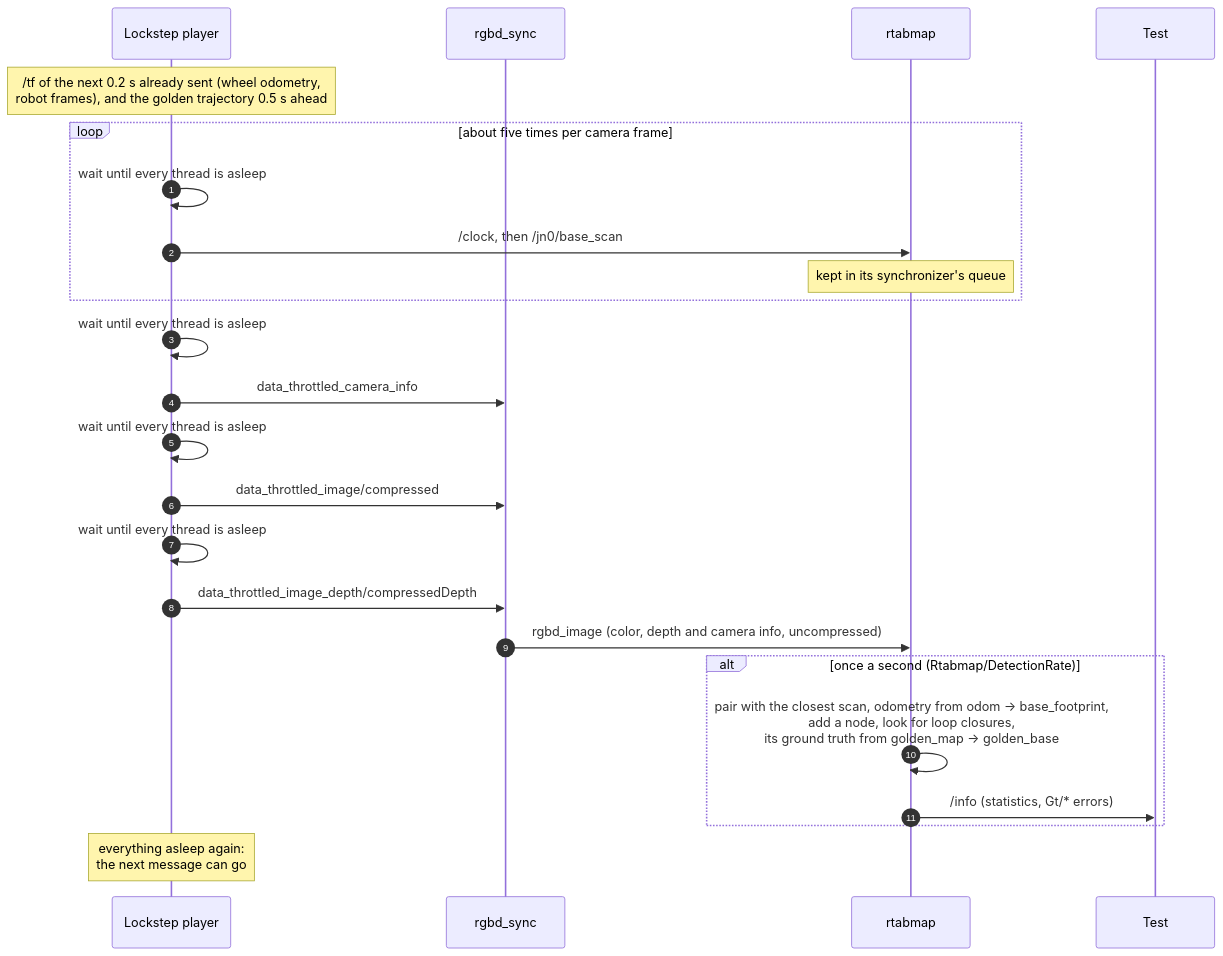
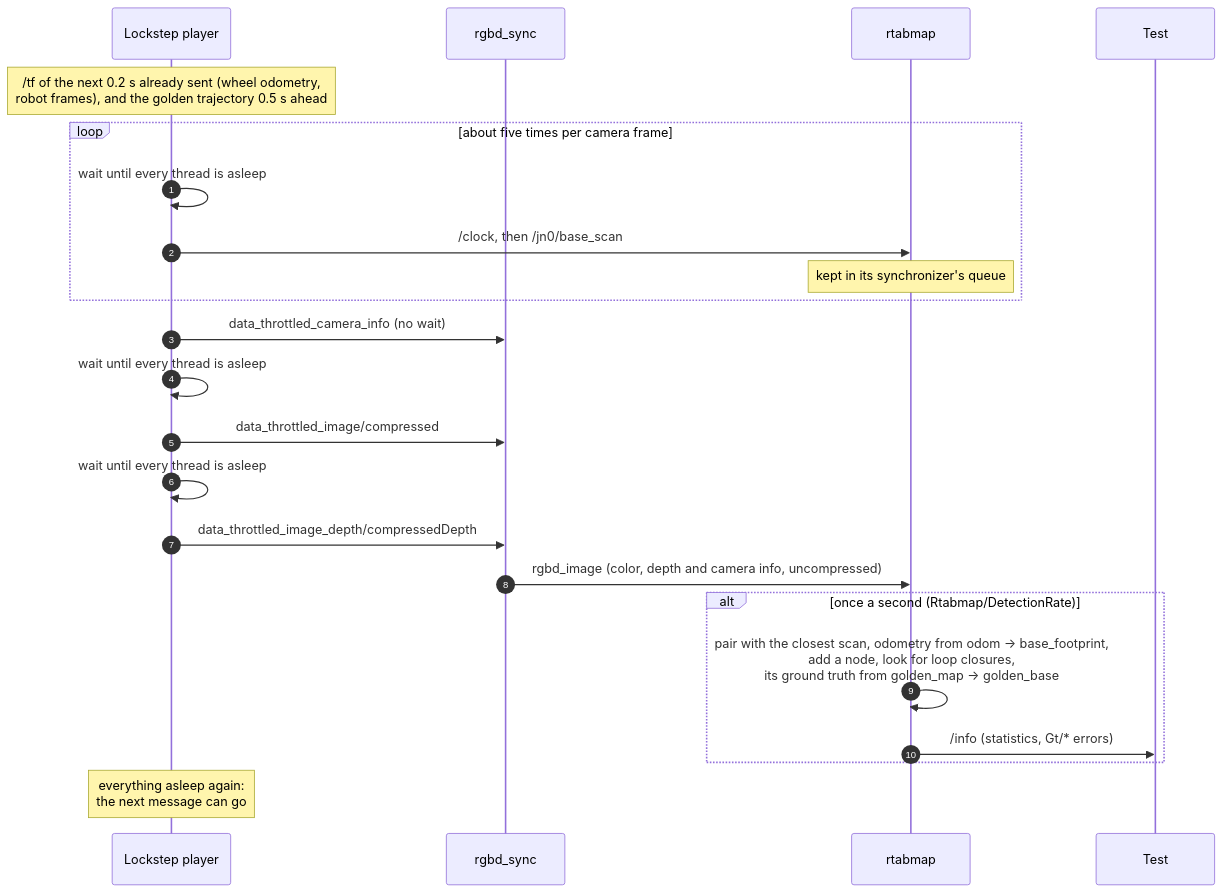
The first of 3 diagrams in rtabmap_demos/test/README.md (introlab/rtabmap_ros), drawn with Mermaid before and after one commit. The commit also changed other lines of this file and 7 other files, not shown here.

````diff
--- a/rtabmap_demos/test/README.md
+++ b/rtabmap_demos/test/README.md
@@ -61,29 +66,28 @@
 ```mermaid
 sequenceDiagram
     autonumber
     participant P as Lockstep player
     participant S as rgbd_sync
     participant M as rtabmap
     participant T as Test
 
     Note over P: /tf of the next 0.2 s already sent (wheel odometry,<br/>robot frames), and the golden trajectory 0.5 s ahead
 
     loop about five times per camera frame
         P->>P: wait until every thread is asleep
         P->>M: /clock, then /jn0/base_scan
         Note over M: kept in its synchronizer's queue
     end
 
-    P->>P: wait until every thread is asleep
-    P->>S: data_throttled_camera_info
+    P->>S: data_throttled_camera_info (no wait)
     P->>P: wait until every thread is asleep
     P->>S: data_throttled_image/compressed
     P->>P: wait until every thread is asleep
     P->>S: data_throttled_image_depth/compressedDepth
     S->>M: rgbd_image (color, depth and camera info, uncompressed)
     alt once a second (Rtabmap/DetectionRate)
         M->>M: pair with the closest scan, odometry from odom → base_footprint,<br/>add a node, look for loop closures,<br/>its ground truth from golden_map → golden_base
         M->>T: /info (statistics, Gt/* errors)
     end
     Note over P: everything asleep again:<br/>the next message can go
 ```
````
